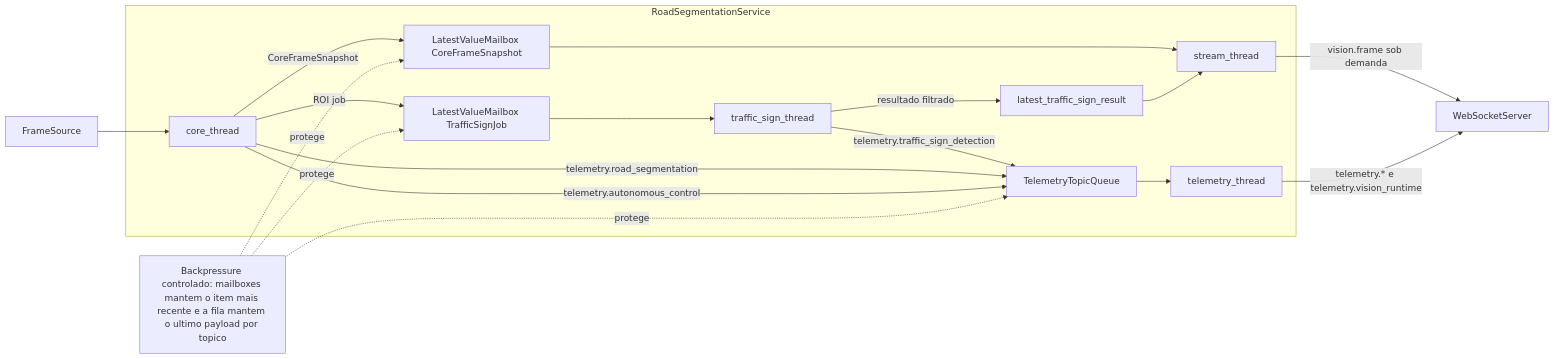
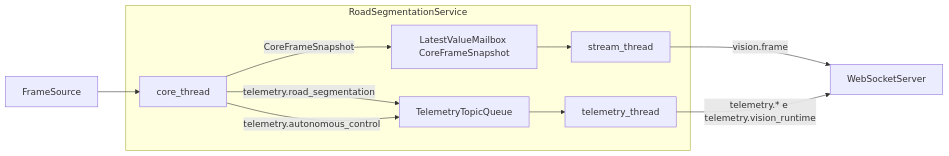
Before and after one commit to rafaelomodei/carro-autonomo: the diagram in autonomous_car_v3/docs/runtime_operation.md, drawn with Mermaid. The commit also changed other lines of this file and 46 other files, not shown here.

First line of the commit message:
refactor: Refactor traffic sign detection tests and update configuration

````diff
--- a/autonomous_car_v3/docs/runtime_operation.md
+++ b/autonomous_car_v3/docs/runtime_operation.md
@@ -157,37 +78,23 @@
 ```mermaid
 flowchart LR
     source["FrameSource"]
     ws["WebSocketServer"]
-    drop["Backpressure controlado: mailboxes mantem o item mais recente e a fila mantem o ultimo payload por topico"]
 
     subgraph rs[RoadSegmentationService]
         core["core_thread"]
-        signbox["LatestValueMailbox TrafficSignJob"]
         streambox["LatestValueMailbox CoreFrameSnapshot"]
         teleq["TelemetryTopicQueue"]
-        sign["traffic_sign_thread"]
-        latest["latest_traffic_sign_result"]
         stream["stream_thread"]
         tele["telemetry_thread"]
     end
 
     source --> core
-    core -->|ROI job| signbox
-    signbox --> sign
-    sign -->|resultado filtrado| latest
-    sign -->|telemetry.traffic_sign_detection| teleq
-
     core -->|CoreFrameSnapshot| streambox
     streambox --> stream
-    latest --> stream
-    stream -->|vision.frame sob demanda| ws
+    stream -->|vision.frame| ws
 
     core -->|telemetry.road_segmentation| teleq
     core -->|telemetry.autonomous_control| teleq
     teleq --> tele
     tele -->|telemetry.* e telemetry.vision_runtime| ws
-
-    drop -. protege .-> signbox
-    drop -. protege .-> streambox
-    drop -. protege .-> teleq
 ```
````
